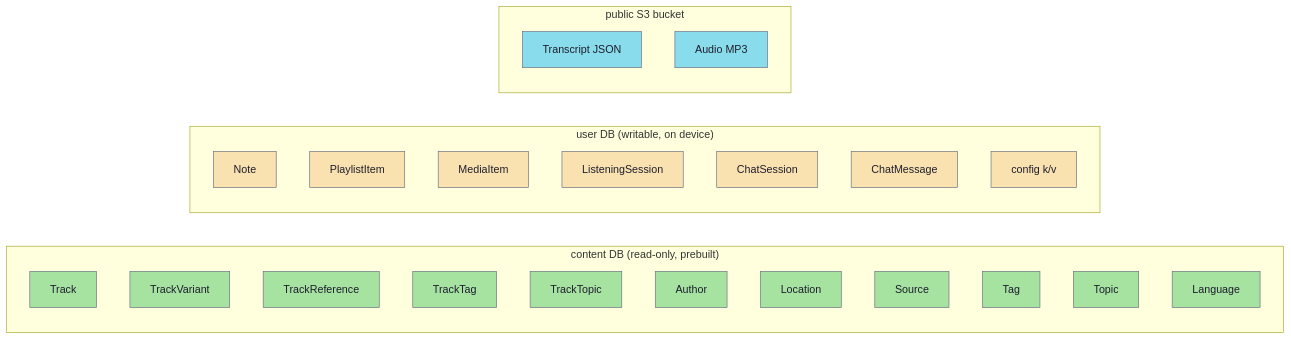
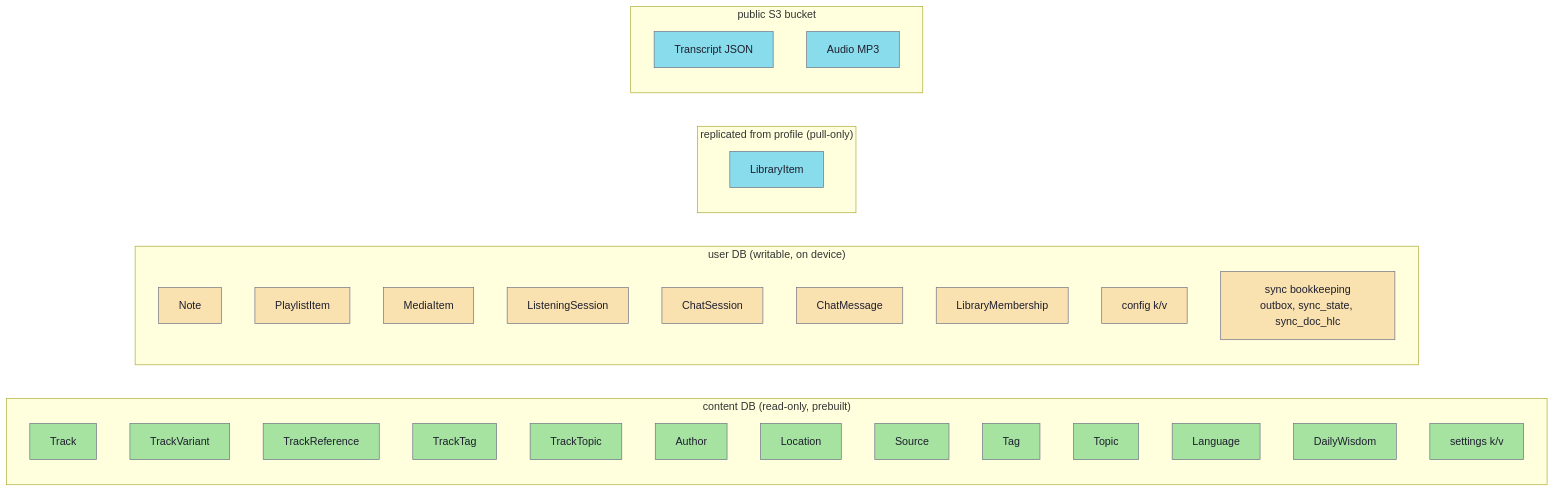
The sixth of 6 diagrams in docs/repos/shruti/domain/entities.md (jiva-studio/shruti), drawn with Mermaid before and after one commit. The commit also changed other lines of this file and 2 other files, not shown here.

````diff
--- a/docs/repos/shruti/domain/entities.md
+++ b/docs/repos/shruti/domain/entities.md
@@ -389,38 +506,46 @@
 ```mermaid
 graph LR
     subgraph contentDb["content DB (read-only, prebuilt)"]
         T[Track]
         TV[TrackVariant]
         TR[TrackReference]
         TT[TrackTag]
         TTP[TrackTopic]
         AU[Author]
         LO[Location]
         SO[Source]
         TG[Tag]
         TP[Topic]
         LA[Language]
+        DW[DailyWisdom]
+        SET[settings k/v]
     end
 
     subgraph userDb["user DB (writable, on device)"]
         NO[Note]
         PI[PlaylistItem]
         MI[MediaItem]
         LS[ListeningSession]
         CS[ChatSession]
         CM[ChatMessage]
+        LM[LibraryMembership]
         CFG[config k/v]
+        SYNC["sync bookkeeping<br/>outbox, sync_state, sync_doc_hlc"]
+    end
+
+    subgraph pulled["replicated from profile (pull-only)"]
+        LI[LibraryItem]
     end
 
     subgraph s3["public S3 bucket"]
         TRX[Transcript JSON]
         AUD[Audio MP3]
     end
 
     classDef ro fill:#a6e3a1,stroke:#6c7086,color:#1e1e2e;
     classDef rw fill:#f9e2af,stroke:#6c7086,color:#1e1e2e;
     classDef remote fill:#89dceb,stroke:#6c7086,color:#1e1e2e;
-    class T,TV,TR,TT,TTP,AU,LO,SO,TG,TP,LA ro;
-    class NO,PI,MI,LS,CS,CM,CFG rw;
-    class TRX,AUD remote;
+    class T,TV,TR,TT,TTP,AU,LO,SO,TG,TP,LA,DW,SET ro;
+    class NO,PI,MI,LS,CS,CM,LM,CFG,SYNC rw;
+    class LI,TRX,AUD remote;
 ```
````
